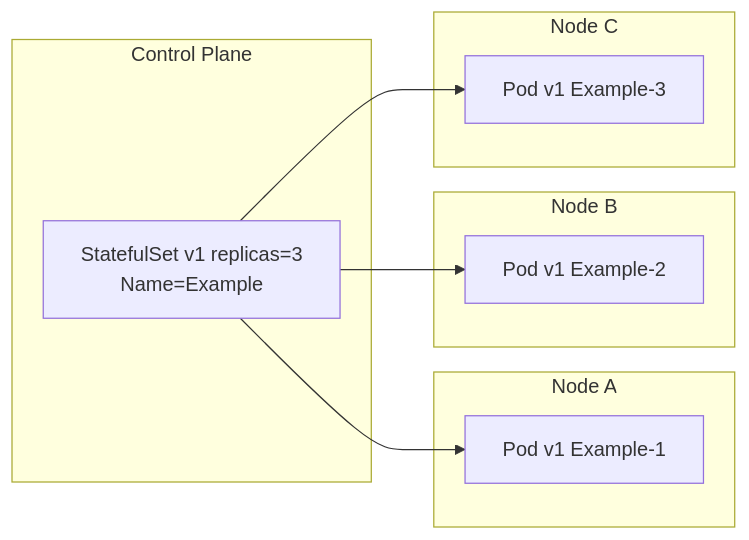
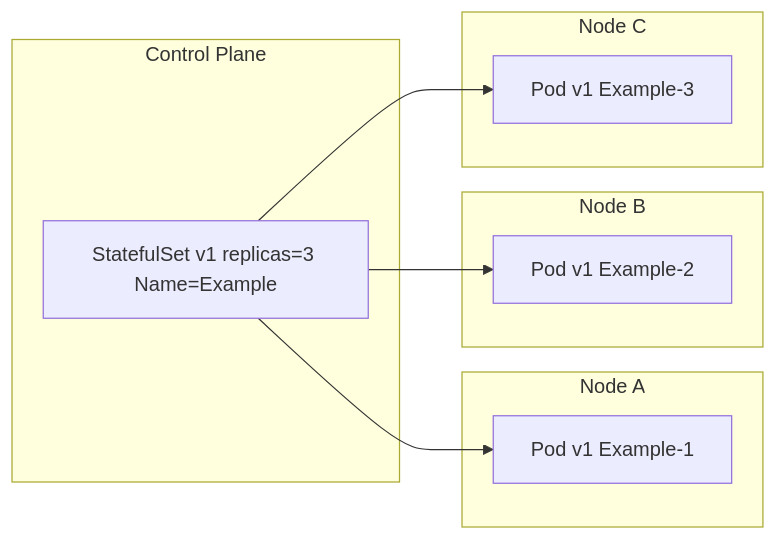
One commit to abecam/DeKCD-DMOnTheCloud changed the third of 4 diagrams in pages/Kubernetes_introduction.qmd. Above: the diagram before and after it, drawn with Mermaid. The commit also changed 3 other files, not shown here.

Commit message:
Better cookie popup. Mermaid script fix.

````diff
--- a/pages/Kubernetes_introduction.qmd
+++ b/pages/Kubernetes_introduction.qmd
@@ -133,20 +133,19 @@
 ```{mermaid}
 flowchart LR
 subgraph ControlPlane[Control Plane]
 RS1[StatefulSet Controller]
 end
 subgraph NodeA[Node A]
 P1[Pod v1 Example-1]
 end
 subgraph NodeB[Node B]
 P2[Pod v1 Example-2]
 end
 subgraph NodeC[Node C]
 P3[Pod v1 Example-3]
 end
 
-RS1[StatefulSet v1 replicas=3
-Name=Example] --> P1
+RS1[StatefulSet v1 replicas=3 Name=Example] --> P1
 RS1 --> P2
 RS1 --> P3
 ```
````
